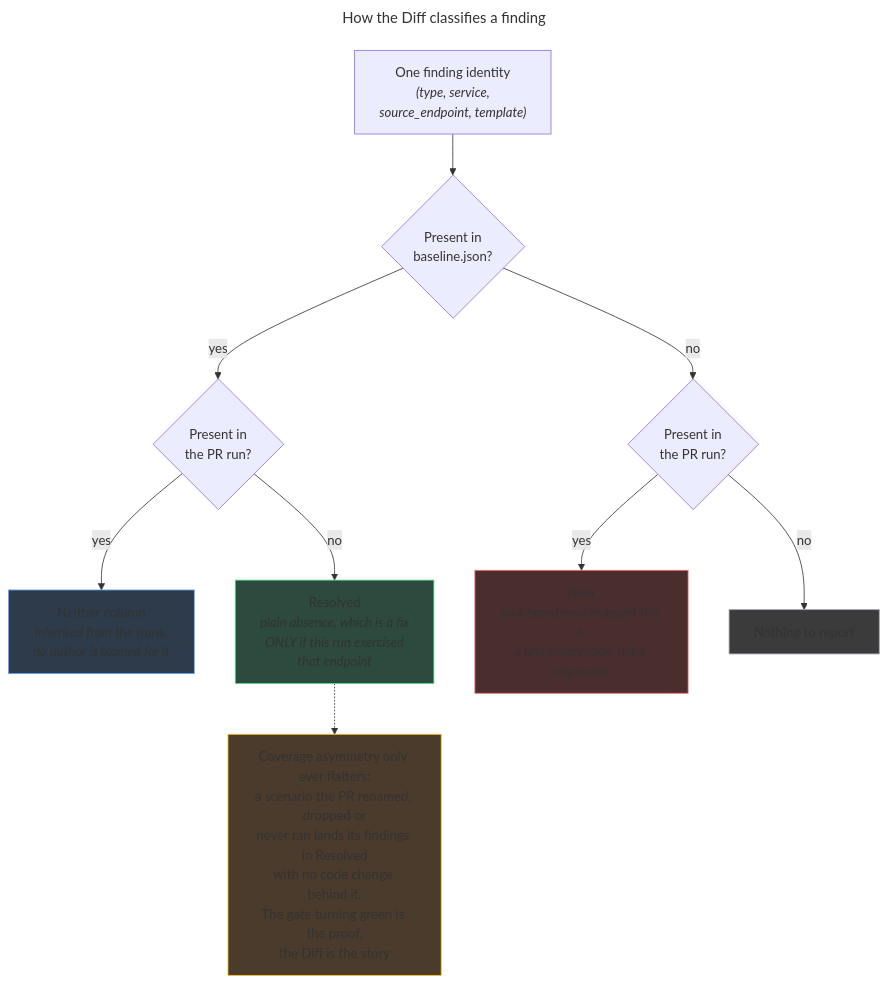
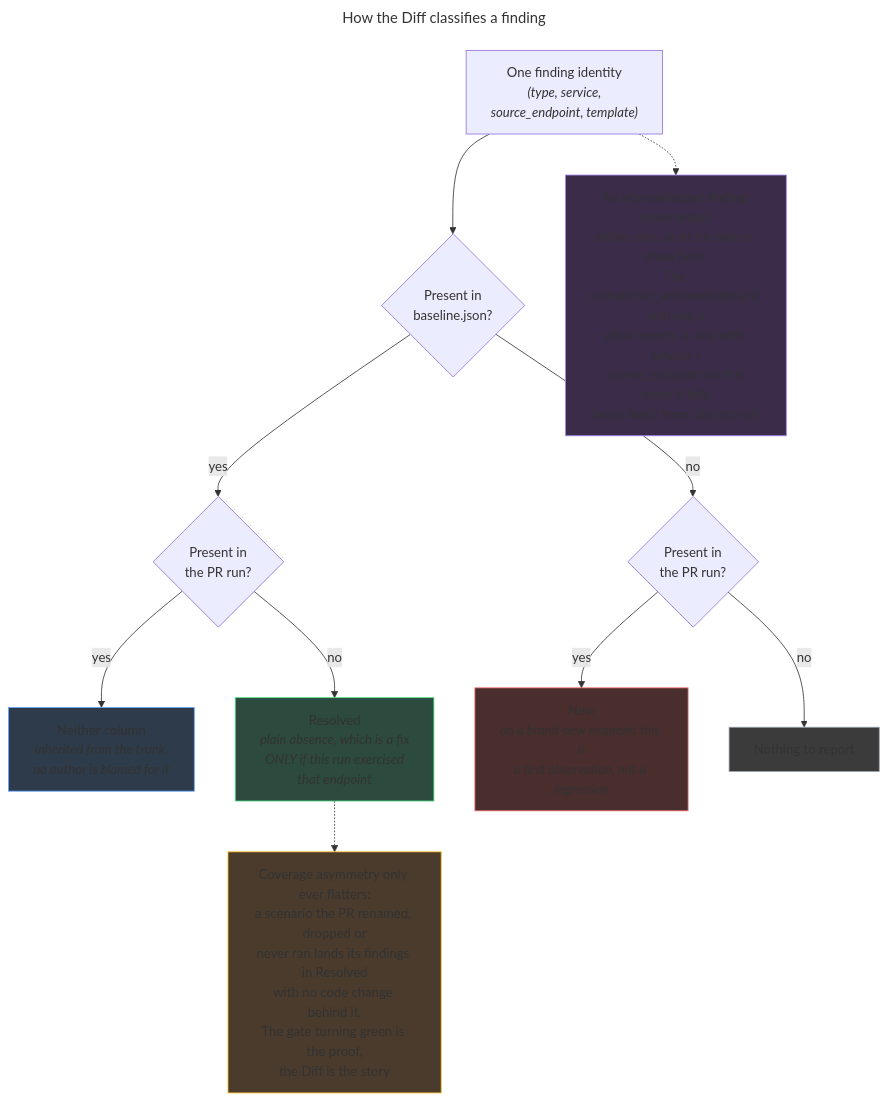
One commit to robintra/perf-sentinel changed the diagram in docs/diagrams/mmd/diff-classification.mmd. Above: the diagram before and after it, drawn with Mermaid. The commit also changed 4 other files, not shown here.

Commit message:
docs(ci): route acked-problem resolution through the unmatched warning

```diff
--- a/docs/diagrams/mmd/diff-classification.mmd
+++ b/docs/diagrams/mmd/diff-classification.mmd
@@ -1,31 +1,35 @@
 ---
 title: How the Diff classifies a finding
 ---
 flowchart TD
     key["One finding identity<br/><i>(type, service,<br/>source_endpoint, template)</i>"]
 
     in_base{"Present in<br/>baseline.json?"}
     in_run_yes{"Present in<br/>the PR run?"}
     in_run_no{"Present in<br/>the PR run?"}
 
     silent["Neither column<br/><i>inherited from the trunk,<br/>no author is blamed for it</i>"]
     resolved["Resolved<br/><i>plain absence, which is a fix<br/>ONLY if this run exercised<br/>that endpoint</i>"]
     new_f["New<br/><i>on a brand-new endpoint this is<br/>a first observation, not a regression</i>"]
     nothing["Nothing to report"]
 
     key --> in_base
     in_base -- "yes" --> in_run_yes
     in_base -- "no" --> in_run_no
     in_run_yes -- "yes" --> silent
     in_run_yes -- "no" --> resolved
     in_run_no -- "yes" --> new_f
     in_run_no -- "no" --> nothing
 
     trap["Coverage asymmetry only ever flatters:<br/>a scenario the PR renamed, dropped or<br/>never ran lands its findings in Resolved<br/>with no code change behind it.<br/>The gate turning green is the proof,<br/>the Diff is the story"]
     resolved -.-> trap
 
+    acked["An acknowledged finding never enters<br/>either side, so its fix cannot show here.<br/>The unmatched_acknowledgment warning is<br/>what reports it, and with service +<br/>source_endpoint on the entry it tells<br/>'looks fixed' from 'did not run'"]
+    key -.-> acked
+
     style silent fill:#2d3b4a,stroke:#60a5fa
     style resolved fill:#2d4a3e,stroke:#4ade80
     style new_f fill:#4a2d2d,stroke:#f87171
     style nothing fill:#3b3b3b,stroke:#9ca3af
     style trap fill:#4a3b2d,stroke:#fbbf24
+    style acked fill:#3b2d4a,stroke:#a78bfa
```
